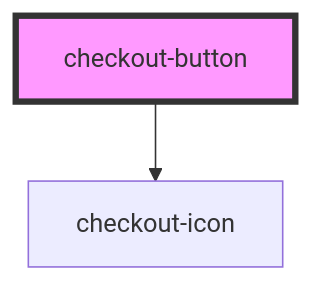
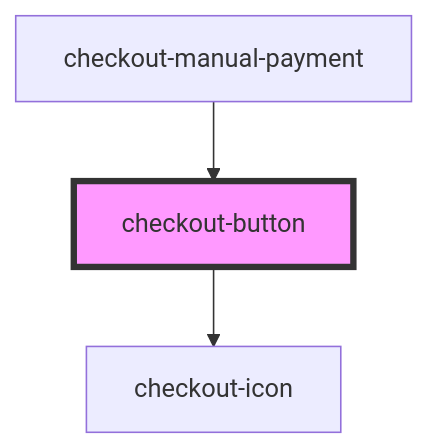
Before and after one commit to plughacker/malga-checkout: the diagram in packages/common/src/components/checkout-button/readme.md, drawn with Mermaid. The commit also changed other lines of this file and 10 other files, not shown here.

````diff
--- a/packages/common/src/components/checkout-button/readme.md
+++ b/packages/common/src/components/checkout-button/readme.md
@@ -37,5 +41,6 @@
 ```mermaid
 graph TD;
   checkout-button --> checkout-icon
+  checkout-manual-payment --> checkout-button
   style checkout-button fill:#f9f,stroke:#333,stroke-width:4px
 ```
````
